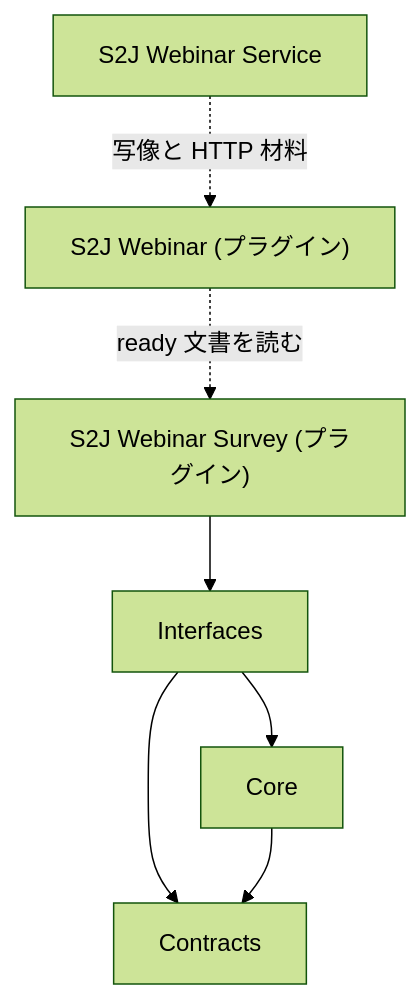
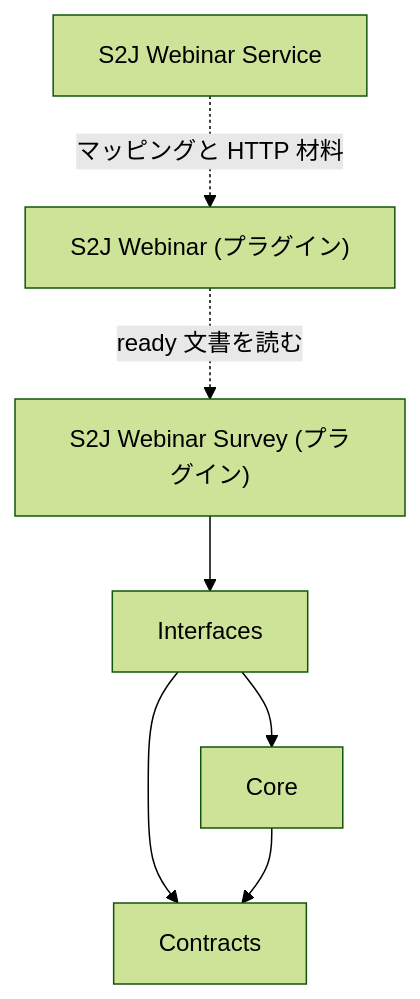
Before and after one commit to stein2nd/s2j-webinar-survey-service: the diagram in docs/architecture.md, drawn with Mermaid (forest theme). The commit also changed other lines of this file and 12 other files, not shown here.

````diff
--- a/docs/architecture.md
+++ b/docs/architecture.md
@@ -27,9 +27,9 @@
 ```mermaid
 flowchart TD
   P["S2J Webinar Survey (プラグイン)"] --> I["Interfaces"]
   I --> C["Core"]
   I --> D["Contracts"]
   C --> D
   V["S2J Webinar (プラグイン)"] -.->|"ready 文書を読む"| P
-  W["S2J Webinar Service"] -.->|"写像と HTTP 材料"| V
+  W["S2J Webinar Service"] -.->|"マッピングと HTTP 材料"| V
 ```
````
